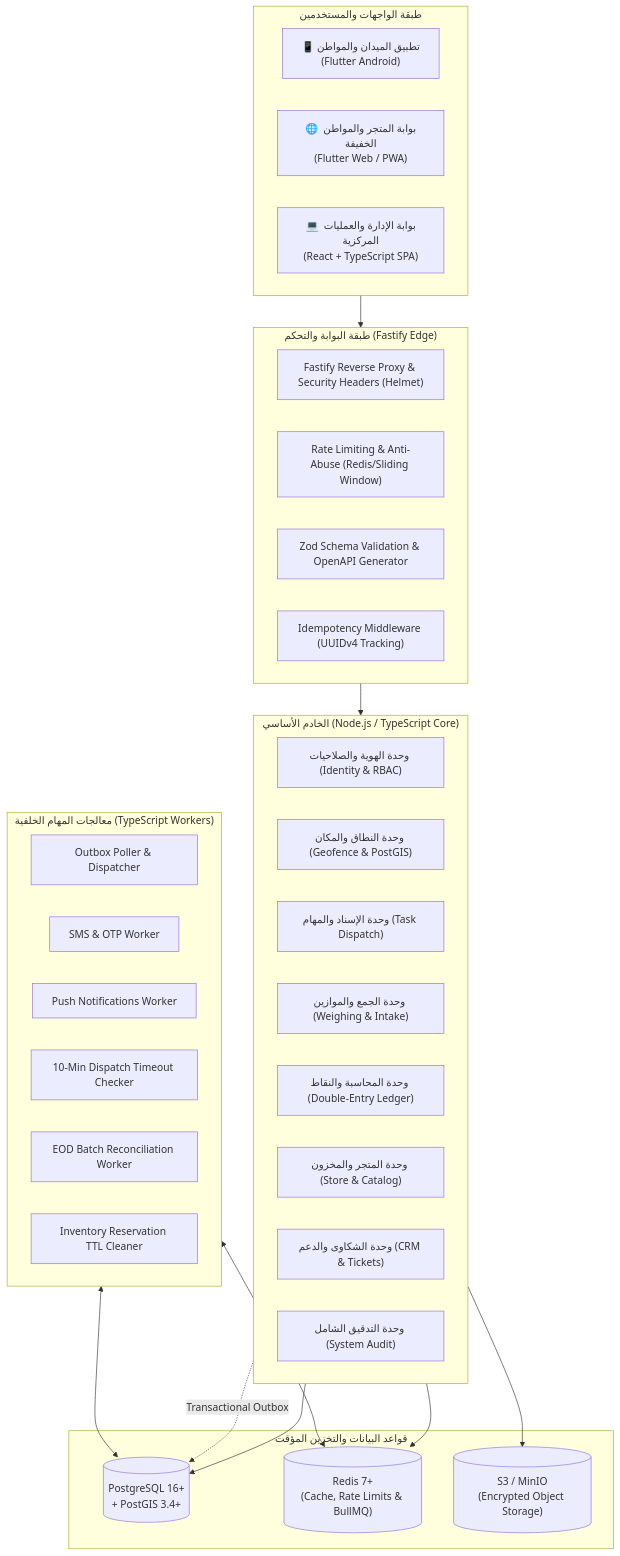
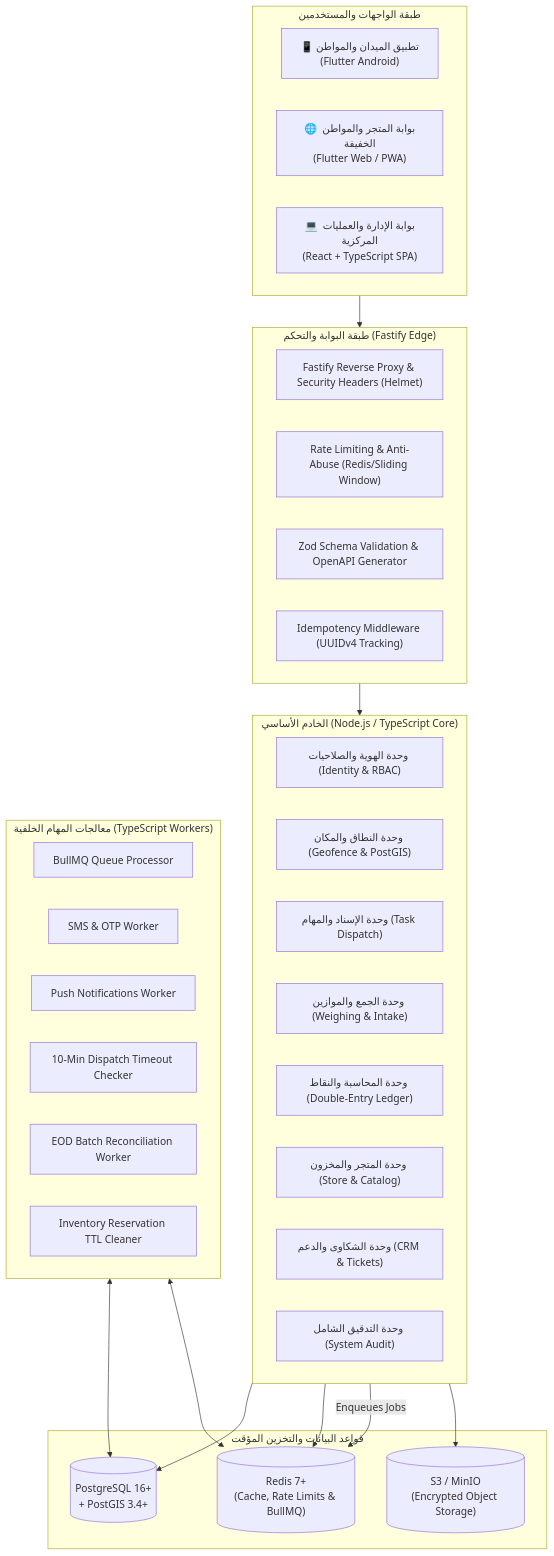
One commit to A-S-Y/Athar changed the first of 5 diagrams in docs/01-architecture/system-overview.md. Above: the diagram before and after it, drawn with Mermaid. The commit also changed other lines of this file and 27 other files, not shown here.

````diff
--- a/docs/01-architecture/system-overview.md
+++ b/docs/01-architecture/system-overview.md
@@ -36,50 +36,50 @@
 ```mermaid
 flowchart TD
     subgraph Clients ["طبقة الواجهات والمستخدمين"]
         C1["📱 تطبيق الميدان والمواطن<br/>(Flutter Android)"]
         C2["🌐 بوابة المتجر والمواطن الخفيفة<br/>(Flutter Web / PWA)"]
         C3["💻 بوابة الإدارة والعمليات المركزية<br/>(React + TypeScript SPA)"]
     end
 
     subgraph Gateway ["طبقة البوابة والتحكم (Fastify Edge)"]
         G1["Fastify Reverse Proxy & Security Headers (Helmet)"]
         G2["Rate Limiting & Anti-Abuse (Redis/Sliding Window)"]
         G3["Zod Schema Validation & OpenAPI Generator"]
         G4["Idempotency Middleware (UUIDv4 Tracking)"]
     end
 
     subgraph CoreBackend ["الخادم الأساسي (Node.js / TypeScript Core)"]
         M1["وحدة الهوية والصلاحيات (Identity & RBAC)"]
         M2["وحدة النطاق والمكان (Geofence & PostGIS)"]
         M3["وحدة الإسناد والمهام (Task Dispatch)"]
         M4["وحدة الجمع والموازين (Weighing & Intake)"]
         M5["وحدة المحاسبة والنقاط (Double-Entry Ledger)"]
         M6["وحدة المتجر والمخزون (Store & Catalog)"]
         M7["وحدة الشكاوى والدعم (CRM & Tickets)"]
         M8["وحدة التدقيق الشامل (System Audit)"]
     end
 
     subgraph WorkerPool ["معالجات المهام الخلفية (TypeScript Workers)"]
-        W1["Outbox Poller & Dispatcher"]
+        W1["BullMQ Queue Processor"]
         W2["SMS & OTP Worker"]
         W3["Push Notifications Worker"]
         W4["10-Min Dispatch Timeout Checker"]
         W5["EOD Batch Reconciliation Worker"]
         W6["Inventory Reservation TTL Cleaner"]
     end
 
     subgraph DataStore ["قواعد البيانات والتخزين المؤقت"]
         DB[("PostgreSQL 16+<br/>+ PostGIS 3.4+")]
         REDIS[("Redis 7+<br/>(Cache, Rate Limits & BullMQ)")]
         S3[("S3 / MinIO<br/>(Encrypted Object Storage)")]
     end
 
     Clients --> Gateway
     Gateway --> CoreBackend
     CoreBackend --> DB
     CoreBackend --> REDIS
-    CoreBackend -.-> |Transactional Outbox| DB
+    CoreBackend --> |Enqueues Jobs| REDIS
     WorkerPool <--> DB
     WorkerPool <--> REDIS
     CoreBackend --> S3
 ```
````
